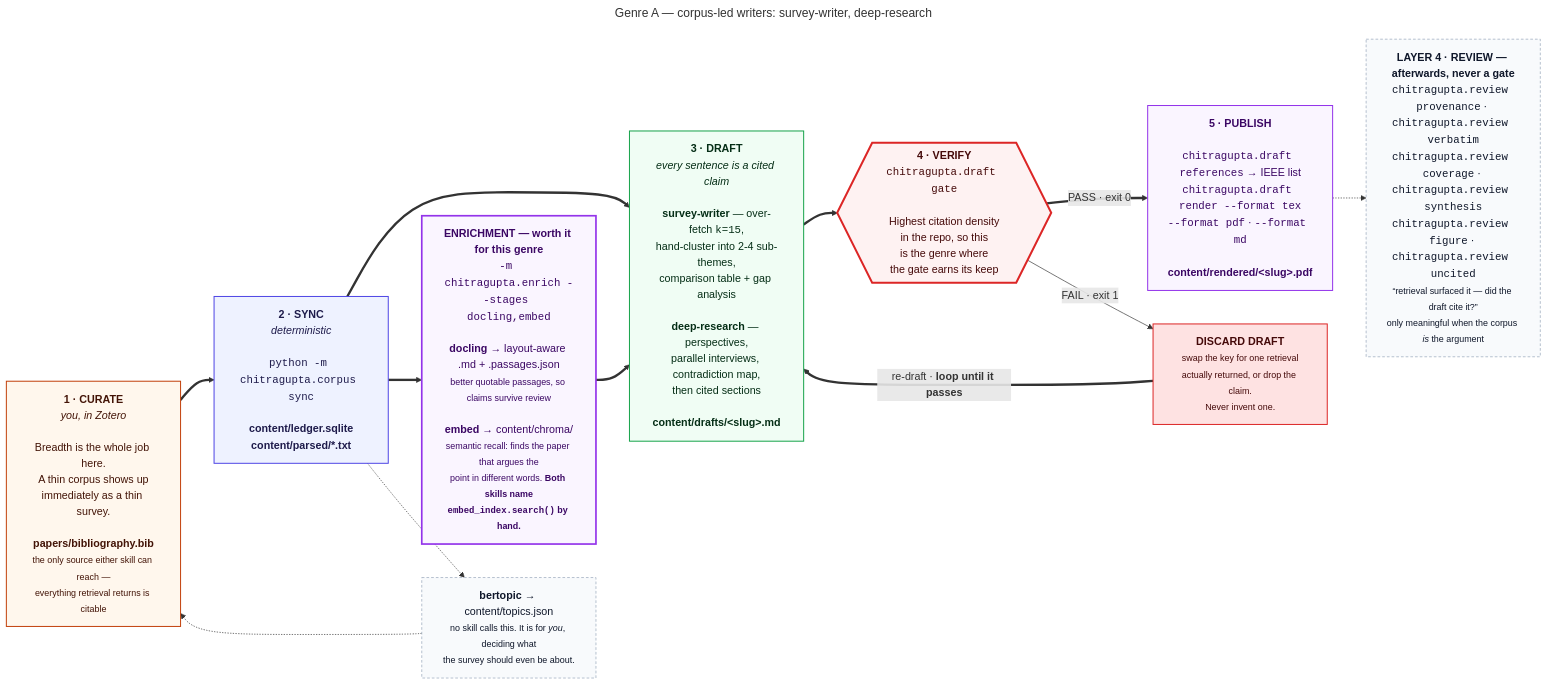
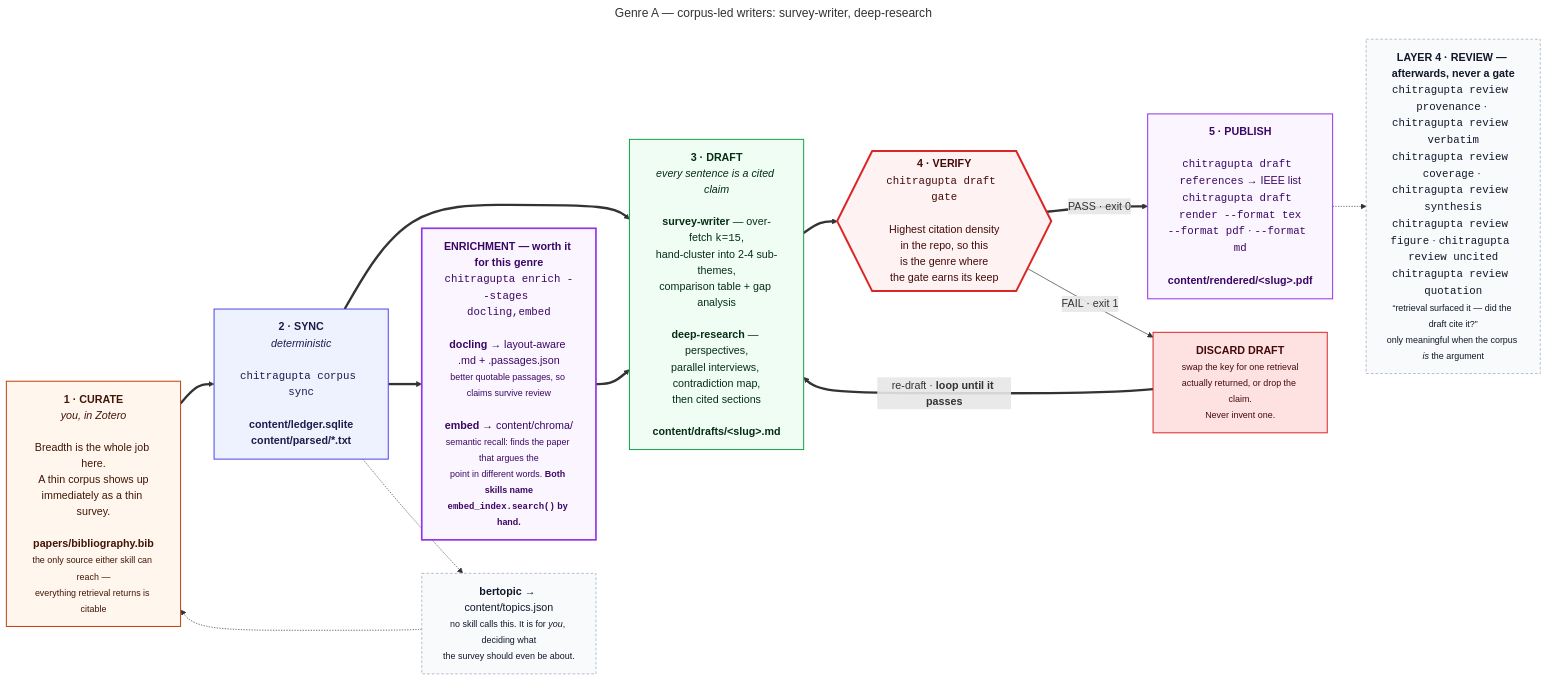
The diagram in docs/diagrams/g1-corpus-led.mmd (prasadtalasila/chitragupta), drawn with Mermaid before and after one commit. The commit also changed 44 other files, not shown here.

```diff
--- a/docs/diagrams/g1-corpus-led.mmd
+++ b/docs/diagrams/g1-corpus-led.mmd
@@ -1,48 +1,48 @@
 ---
 title: "Genre A — corpus-led writers: survey-writer, deep-research"
 ---
 flowchart LR
 
   P0["<b>1 · CURATE</b><br/><i>you, in Zotero</i><br/><br/>Breadth is the whole job here.<br/>A thin corpus shows up<br/>immediately as a thin survey.<br/><br/><b>papers/bibliography.bib</b><br/><small>the only source either skill can reach —<br/>everything retrieval returns is citable</small>"]
 
-  P1["<b>2 · SYNC</b><br/><i>deterministic</i><br/><br/><code>python -m chitragupta.corpus sync</code><br/><br/><b>content/ledger.sqlite</b><br/><b>content/parsed/*.txt</b>"]
+  P1["<b>2 · SYNC</b><br/><i>deterministic</i><br/><br/><code>chitragupta corpus sync</code><br/><br/><b>content/ledger.sqlite</b><br/><b>content/parsed/*.txt</b>"]
 
-  HEAVY["<b>ENRICHMENT — worth it for this genre</b><br/><code>-m chitragupta.enrich --stages docling,embed</code><br/><br/><b>docling</b> → layout-aware .md + .passages.json<br/><small>better quotable passages, so claims survive review</small><br/><br/><b>embed</b> → content/chroma/<br/><small>semantic recall: finds the paper that argues the<br/>point in different words. <b>Both skills name<br/><code>embed_index.search()</code> by hand.</b></small>"]
+  HEAVY["<b>ENRICHMENT — worth it for this genre</b><br/><code>chitragupta enrich --stages docling,embed</code><br/><br/><b>docling</b> → layout-aware .md + .passages.json<br/><small>better quotable passages, so claims survive review</small><br/><br/><b>embed</b> → content/chroma/<br/><small>semantic recall: finds the paper that argues the<br/>point in different words. <b>Both skills name<br/><code>embed_index.search()</code> by hand.</b></small>"]
 
   P2["<b>3 · DRAFT</b><br/><i>every sentence is a cited claim</i><br/><br/><b>survey-writer</b> — over-fetch <code>k=15</code>,<br/>hand-cluster into 2-4 sub-themes,<br/>comparison table + gap analysis<br/><br/><b>deep-research</b> — perspectives,<br/>parallel interviews, contradiction map,<br/>then cited sections<br/><br/><b>content/drafts/&lt;slug&gt;.md</b>"]
 
-  P3{{"<b>4 · VERIFY</b><br/><code>chitragupta.draft gate</code><br/><br/>Highest citation density<br/>in the repo, so this<br/>is the genre where<br/>the gate earns its keep"}}
+  P3{{"<b>4 · VERIFY</b><br/><code>chitragupta draft gate</code><br/><br/>Highest citation density<br/>in the repo, so this<br/>is the genre where<br/>the gate earns its keep"}}
 
   FIX["<b>DISCARD DRAFT</b><br/><small>swap the key for one retrieval<br/>actually returned, or drop the claim.<br/>Never invent one.</small>"]
 
-  P4["<b>5 · PUBLISH</b><br/><br/><code>chitragupta.draft references</code> → IEEE list<br/><code>chitragupta.draft render --format tex</code><br/><code>--format pdf</code> · <code>--format md</code><br/><br/><b>content/rendered/&lt;slug&gt;.pdf</b>"]
+  P4["<b>5 · PUBLISH</b><br/><br/><code>chitragupta draft references</code> → IEEE list<br/><code>chitragupta draft render --format tex</code><br/><code>--format pdf</code> · <code>--format md</code><br/><br/><b>content/rendered/&lt;slug&gt;.pdf</b>"]
 
-  AID["<b>LAYER 4 · REVIEW — afterwards, never a gate</b><br/><code>chitragupta.review provenance</code> · <code>chitragupta.review verbatim</code><br/><code>chitragupta.review coverage</code> · <code>chitragupta.review synthesis</code><br/><code>chitragupta.review figure</code> · <code>chitragupta.review uncited</code><br/><small>“retrieval surfaced it — did the draft cite it?”<br/>only meaningful when the corpus <i>is</i> the argument</small>"]
+  AID["<b>LAYER 4 · REVIEW — afterwards, never a gate</b><br/><code>chitragupta review provenance</code> · <code>chitragupta review verbatim</code><br/><code>chitragupta review coverage</code> · <code>chitragupta review synthesis</code><br/><code>chitragupta review figure</code> · <code>chitragupta review uncited</code><br/><code>chitragupta review quotation</code><br/><small>“retrieval surfaced it — did the draft cite it?”<br/>only meaningful when the corpus <i>is</i> the argument</small>"]
 
   BERT["<b>bertopic</b> → content/topics.json<br/><small>no skill calls this. It is for <i>you</i>, deciding what<br/>the survey should even be about.</small>"]
 
   P0 ==> P1 ==> P2 ==> P3
   P1 ==> HEAVY ==> P2
   P3 == "PASS · exit 0" ==> P4
   P3 -- "FAIL · exit 1" --> FIX
   FIX == "re-draft · <b>loop until it passes</b>" ==> P2
   P4 -.-> AID
   P1 -.-> BERT -.-> P0
 
   classDef you fill:#fff7ed,stroke:#c2410c,stroke-width:1.5px,color:#431407
   classDef det fill:#eef2ff,stroke:#4f46e5,stroke-width:1.5px,color:#1e1b4b
   classDef gen fill:#f0fdf4,stroke:#16a34a,stroke-width:1.5px,color:#052e16
   classDef gate fill:#fef2f2,stroke:#dc2626,stroke-width:3px,color:#450a0a
   classDef out fill:#faf5ff,stroke:#9333ea,stroke-width:1.5px,color:#3b0764
   classDef bad fill:#fee2e2,stroke:#dc2626,stroke-width:1.5px,color:#450a0a
   classDef heavy fill:#faf5ff,stroke:#9333ea,stroke-width:2.5px,color:#3b0764
   classDef aid fill:#f8fafc,stroke:#94a3b8,stroke-dasharray:4 3,color:#0f172a
 
   class P0 you
   class P1 det
   class P2 gen
   class P3 gate
   class P4 out
   class FIX bad
   class HEAVY heavy
   class AID,BERT aid
```
